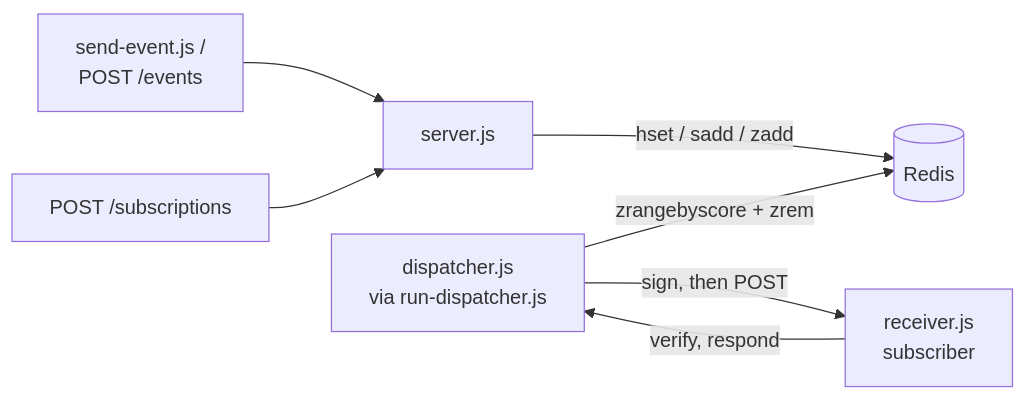
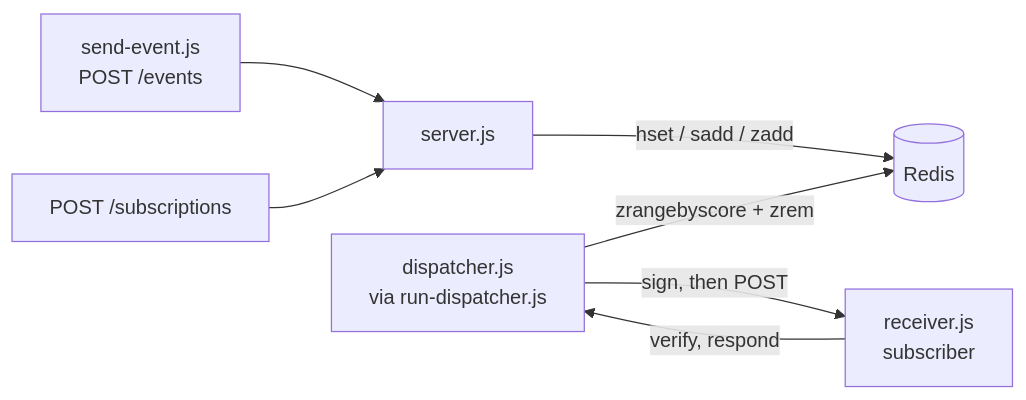
One commit to liam-m9/webhook-delivery-service changed the diagram in README.md. Above: the diagram before and after it, drawn with Mermaid. The commit also changed other lines of this file, not shown here.

````diff
--- a/README.md
+++ b/README.md
@@ -9,9 +9,9 @@
 ```mermaid
 flowchart LR
-    C[send-event.js /<br/>POST /events] --> S[server.js]
-    C2[POST /subscriptions] --> S
-    S -->|hset / sadd / zadd| R[(Redis)]
-    D[dispatcher.js<br/>via run-dispatcher.js] -->|zrangebyscore + zrem| R
-    D -->|sign, then POST| RV[receiver.js<br/>subscriber]
+    C["send-event.js<br/>POST /events"] --> S["server.js"]
+    C2["POST /subscriptions"] --> S
+    S -->|hset / sadd / zadd| R[("Redis")]
+    D["dispatcher.js<br/>via run-dispatcher.js"] -->|zrangebyscore + zrem| R
+    D -->|sign, then POST| RV["receiver.js<br/>subscriber"]
     RV -->|verify, respond| D
 ```
````
